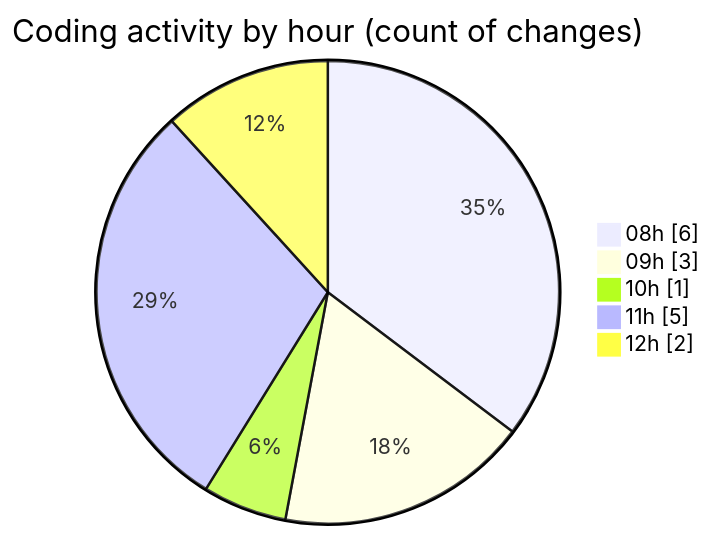
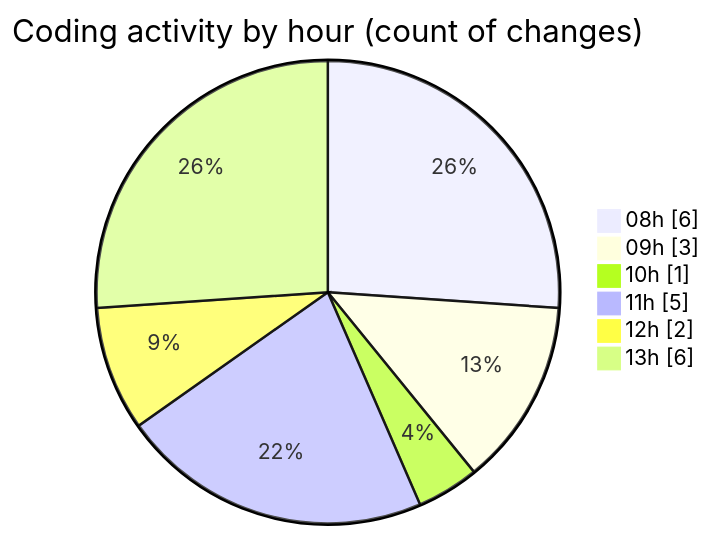
The second of 2 diagrams in 2025-07-02/web/README.md (LanceThiago/code-tracking), drawn with Mermaid before and after one commit. The commit also changed other lines of this file and 1 other file, not shown here.

````diff
--- a/2025-07-02/web/README.md
+++ b/2025-07-02/web/README.md
@@ -28,9 +34,10 @@
 ```mermaid
 pie showData
 title Coding activity by hour (count of changes)
 "08h" : 6
 "09h" : 3
 "10h" : 1
 "11h" : 5
 "12h" : 2
+"13h" : 6
 ```
````
